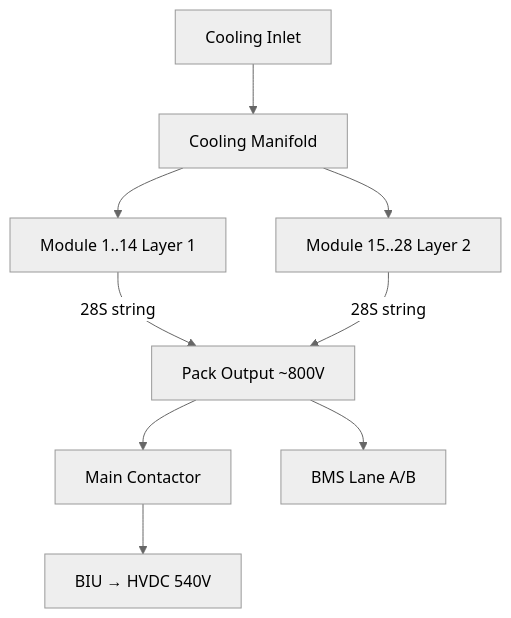
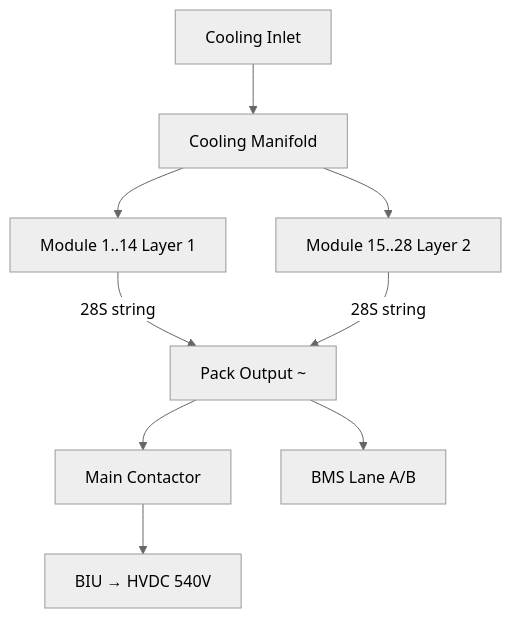
The first of 2 diagrams in Q+ATLANTIDE/000-099_ATLAS/070-079_Propulsion-Eco-Tech-e-Hibrido-Electrica/072_Battery-Energy-Storage/072-020-Battery-Pack-Architecture.md (AmedeoPelliccia/Qplus-For-All-Queer-People-and-Quantum), drawn with Mermaid (neutral theme) before and after one commit. The commit also changed other lines of this file and 676 other files, not shown here.

````diff
--- a/Q+ATLANTIDE/000-099_ATLAS/070-079_Propulsion-Eco-Tech-e-Hibrido-Electrica/072_Battery-Energy-Storage/072-020-Battery-Pack-Architecture.md
+++ b/Q+ATLANTIDE/000-099_ATLAS/070-079_Propulsion-Eco-Tech-e-Hibrido-Electrica/072_Battery-Energy-Storage/072-020-Battery-Pack-Architecture.md
@@ -60,11 +70,11 @@
 ```mermaid
 graph TD
-    MOD1[Module 1..14 Layer 1] -->|28S string| OUTPUT[Pack Output ~800V]
+    MOD1[Module 1..14 Layer 1] -->|28S string| OUTPUT[Pack Output ~<NOMINAL-VOLTAGE>]
     MOD2[Module 15..28 Layer 2] -->|28S string| OUTPUT
     OUTPUT --> MAIN_C[Main Contactor]
     MAIN_C --> BIU[BIU → HVDC 540V]
     OUTPUT --> BMS[BMS Lane A/B]
     COOL_IN[Cooling Inlet] --> COOL_DIST[Cooling Manifold]
     COOL_DIST --> MOD1
     COOL_DIST --> MOD2
 ```
````
